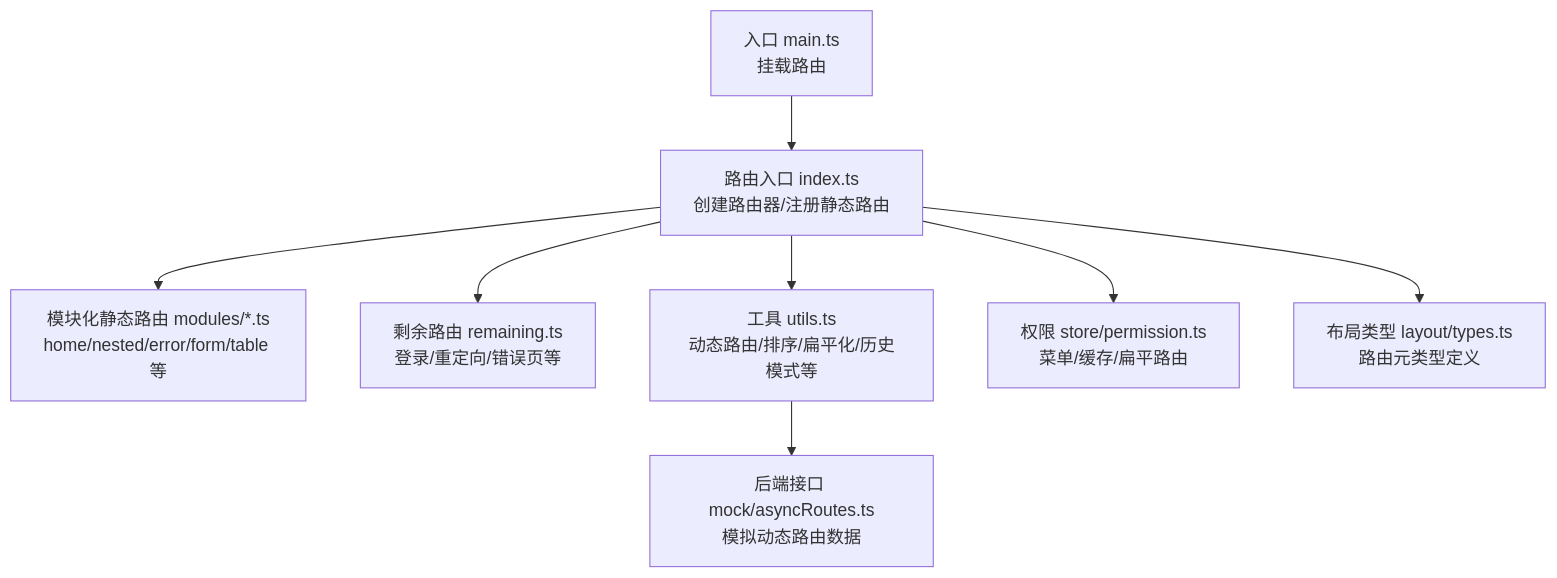
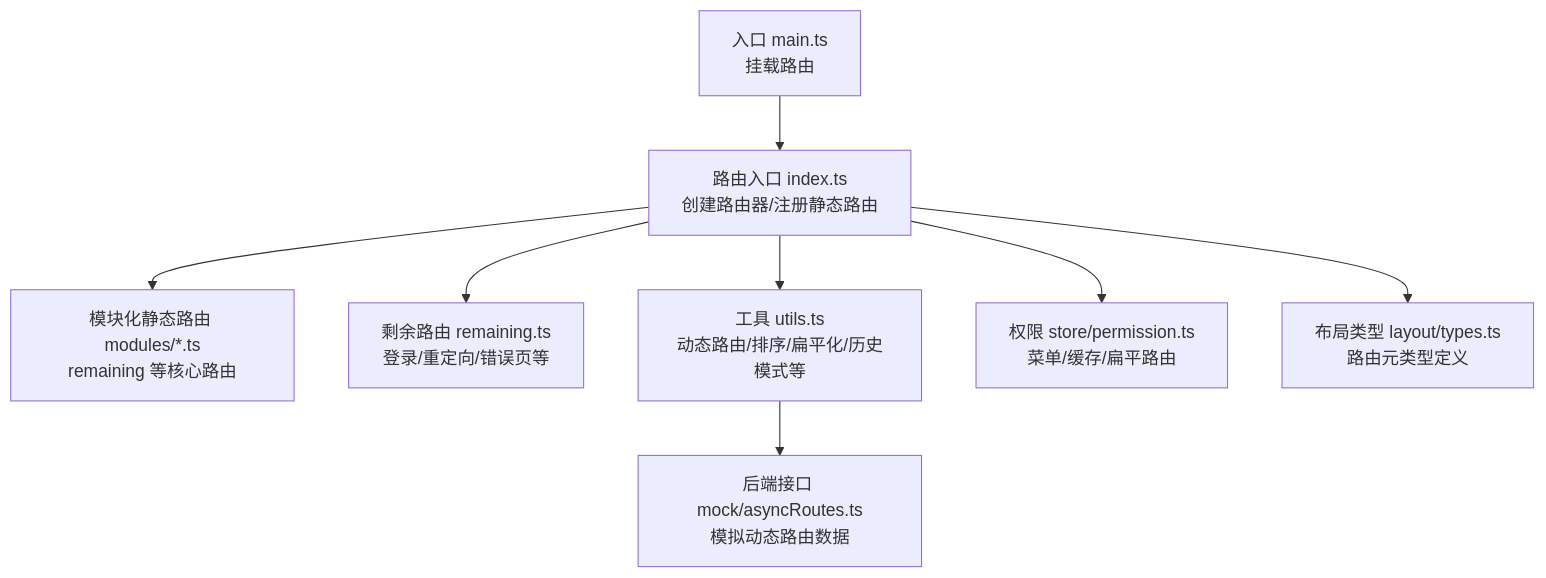
Before and after one commit to taoweidong/Hello-FastApi: the first of 9 diagrams in .qoder/repowiki/zh/content/前端架构设计/路由系统.md, drawn with Mermaid. The commit also changed other lines of this file and 9 other files, not shown here.

````diff
--- a/.qoder/repowiki/zh/content/前端架构设计/路由系统.md
+++ b/.qoder/repowiki/zh/content/前端架构设计/路由系统.md
@@ -44,10 +48,10 @@
 ```mermaid
 graph TB
 A["入口 main.ts<br/>挂载路由"] --> B["路由入口 index.ts<br/>创建路由器/注册静态路由"]
-B --> C["模块化静态路由 modules/*.ts<br/>home/nested/error/form/table 等"]
+B --> C["模块化静态路由 modules/*.ts<br/>remaining 等核心路由"]
 B --> D["剩余路由 remaining.ts<br/>登录/重定向/错误页等"]
 B --> E["工具 utils.ts<br/>动态路由/排序/扁平化/历史模式等"]
 B --> F["权限 store/permission.ts<br/>菜单/缓存/扁平路由"]
 E --> G["后端接口 mock/asyncRoutes.ts<br/>模拟动态路由数据"]
 B --> H["布局类型 layout/types.ts<br/>路由元类型定义"]
 ```
````
